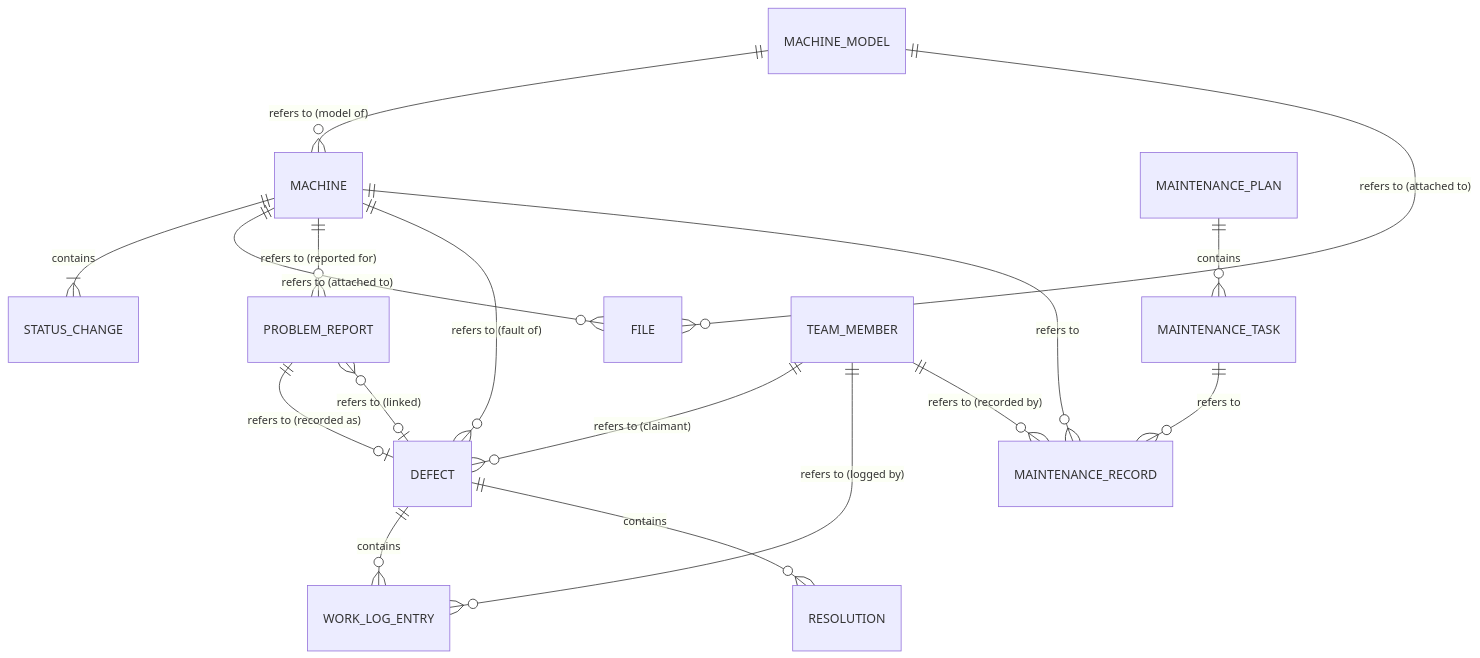
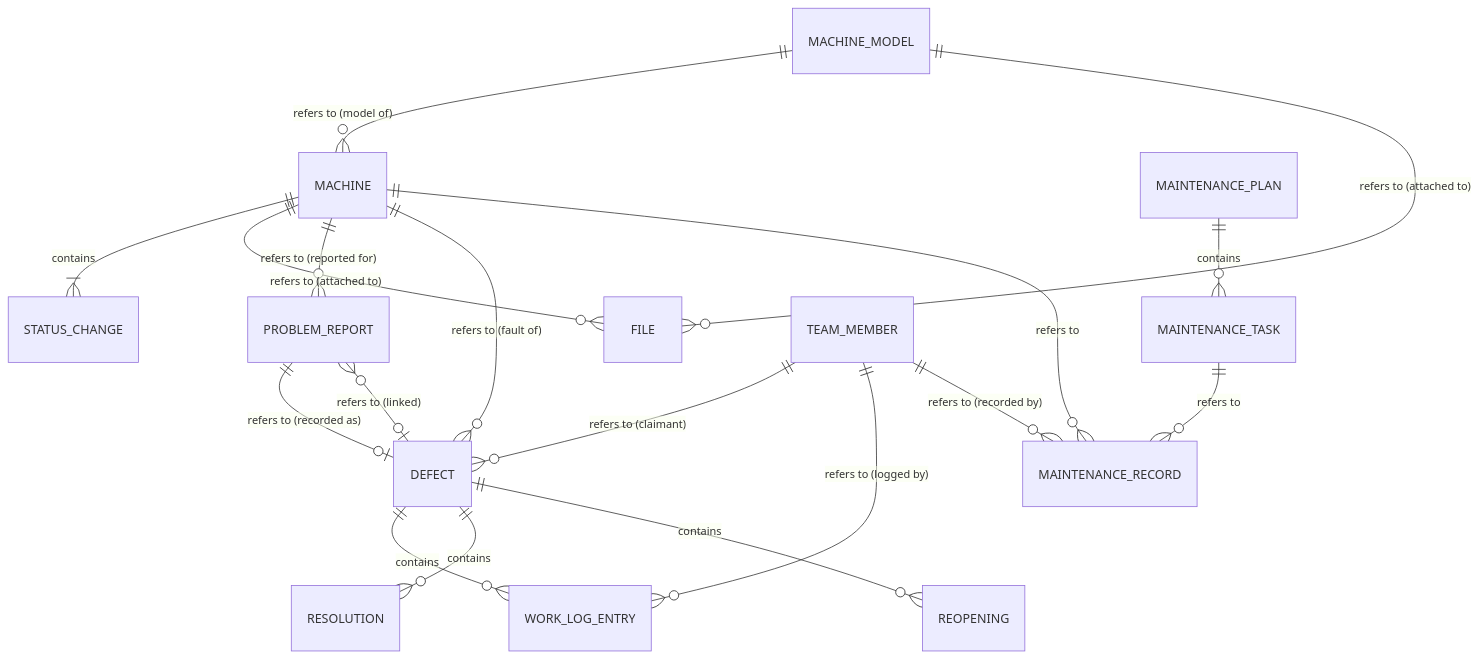
Before and after one commit to hemi1986/laguardia: the first of 9 diagrams in docs/architecture/data-model.md, drawn with Mermaid. The commit also changed other lines of this file and 11 other files, not shown here.

Commit message:
Architecture review 2026-10-11: the aggregate store keeps its histories – described once per module, loaded and saved by the store, read by read models; a reopening is an entry of its own (data model)

````diff
--- a/docs/architecture/data-model.md
+++ b/docs/architecture/data-model.md
@@ -43,19 +43,20 @@
 ```mermaid
 erDiagram
     MACHINE_MODEL ||--o{ MACHINE : "refers to (model of)"
     MACHINE ||--|{ STATUS_CHANGE : contains
     MACHINE_MODEL ||--o{ FILE : "refers to (attached to)"
     MACHINE ||--o{ FILE : "refers to (attached to)"
     MACHINE ||--o{ PROBLEM_REPORT : "refers to (reported for)"
     MACHINE ||--o{ DEFECT : "refers to (fault of)"
     PROBLEM_REPORT ||--o| DEFECT : "refers to (recorded as)"
     DEFECT |o--o{ PROBLEM_REPORT : "refers to (linked)"
     DEFECT ||--o{ WORK_LOG_ENTRY : contains
     DEFECT ||--o{ RESOLUTION : contains
+    DEFECT ||--o{ REOPENING : contains
     MAINTENANCE_PLAN ||--o{ MAINTENANCE_TASK : contains
     MAINTENANCE_TASK ||--o{ MAINTENANCE_RECORD : "refers to"
     MACHINE ||--o{ MAINTENANCE_RECORD : "refers to"
     TEAM_MEMBER ||--o{ DEFECT : "refers to (claimant)"
     TEAM_MEMBER ||--o{ WORK_LOG_ENTRY : "refers to (logged by)"
     TEAM_MEMBER ||--o{ MAINTENANCE_RECORD : "refers to (recorded by)"
 ```
````
